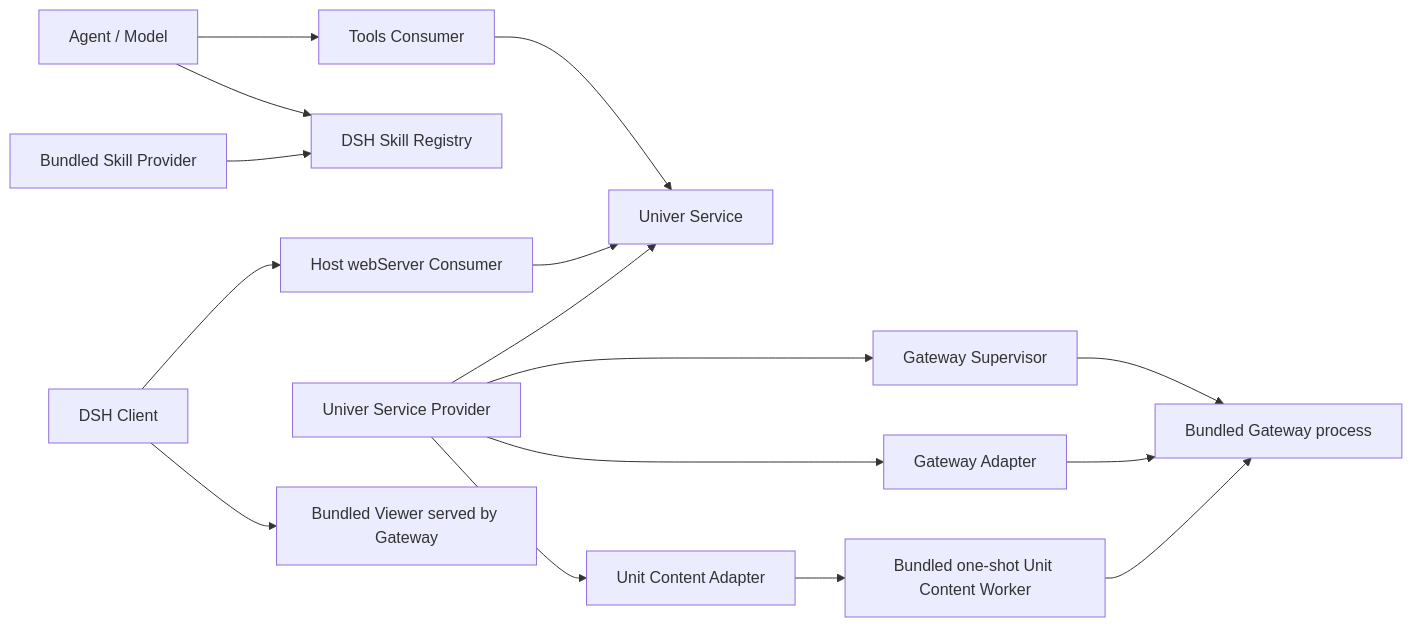
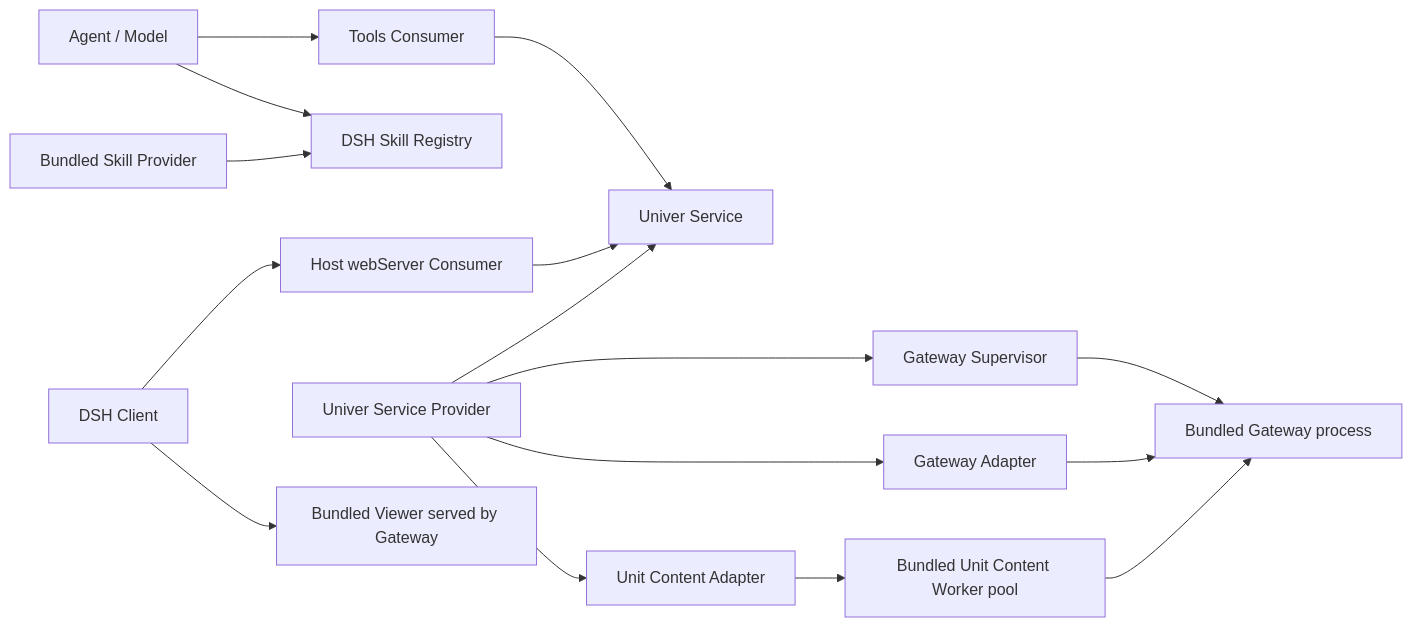
One commit to longzhang83/dsh-univer-office changed the diagram in docs/architecture.md. Above: the diagram before and after it, drawn with Mermaid. The commit also changed other lines of this file and 8 other files, not shown here.

First line of the commit message:
Add bounded Unit Content Worker pool with warm reuse

````diff
--- a/docs/architecture.md
+++ b/docs/architecture.md
@@ -56,18 +56,18 @@
 ```mermaid
 flowchart LR
     Model["Agent / Model"] --> Tools["Tools Consumer"]
     Model --> SkillRegistry["DSH Skill Registry"]
     Skills["Bundled Skill Provider"] --> SkillRegistry
     Browser["DSH Client"] --> WebServer["Host webServer Consumer"]
     Tools --> Service["Univer Service"]
     WebServer --> Service
     Provider["Univer Service Provider"] --> Service
     Provider --> GatewayAdapter["Gateway Adapter"]
     Provider --> UnitContentAdapter["Unit Content Adapter"]
     Provider --> GatewaySupervisor["Gateway Supervisor"]
     GatewaySupervisor --> Gateway["Bundled Gateway process"]
     GatewayAdapter --> Gateway
-    UnitContentAdapter --> Worker["Bundled one-shot Unit Content Worker"]
+    UnitContentAdapter --> Worker["Bundled Unit Content Worker pool"]
     Worker --> Gateway
     Browser --> Viewer["Bundled Viewer served by Gateway"]
 ```
````
